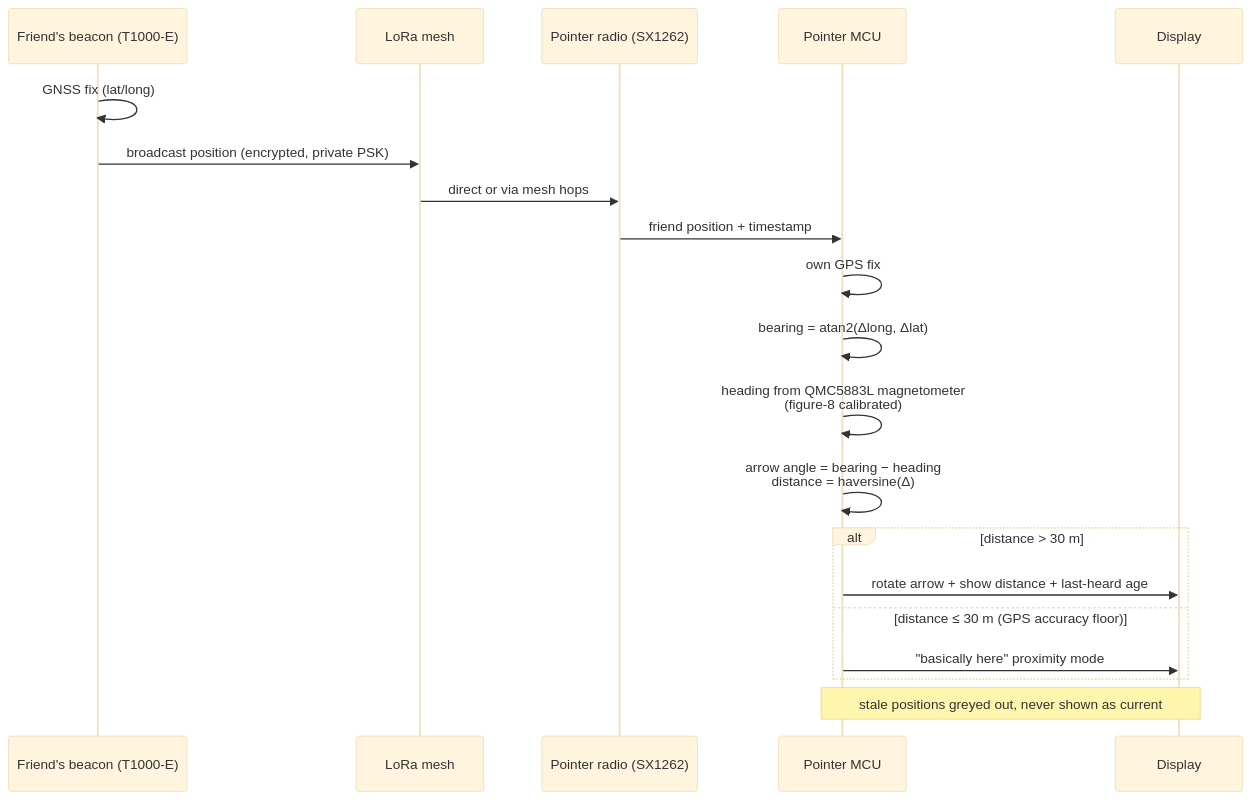
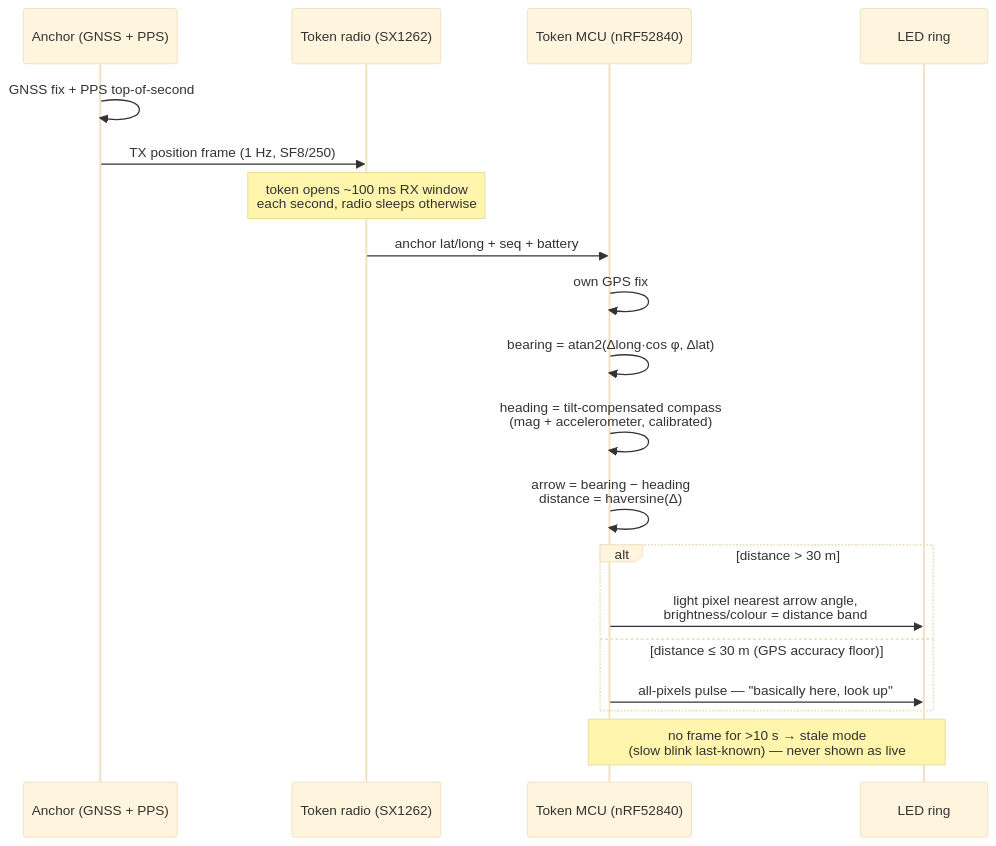
The second of 4 diagrams in PLAN.md (nathanielgtran/rave-compass), drawn with Mermaid (base theme) before and after one commit. The commit also changed other lines of this file and 7 other files, not shown here.

Commit message:
docs: single-beacon architecture rewrite — research, plan, diagrams, review fixes

````diff
--- a/PLAN.md
+++ b/PLAN.md
@@ -34,23 +32,22 @@
 ```mermaid
 sequenceDiagram
-    participant F as Friend's beacon (T1000-E)
-    participant M as LoRa mesh
-    participant R as Pointer radio (SX1262)
-    participant C as Pointer MCU
-    participant U as Display
+    participant A as Anchor (GNSS + PPS)
+    participant R as Token radio (SX1262)
+    participant C as Token MCU (nRF52840)
+    participant U as LED ring
 
-    F->>F: GNSS fix (lat/long)
-    F->>M: broadcast position (encrypted, private PSK)
-    M->>R: direct or via mesh hops
-    R->>C: friend position + timestamp
+    A->>A: GNSS fix + PPS top-of-second
+    A->>R: TX position frame (1 Hz, SF8/250)
+    Note over R: token opens ~100 ms RX window<br/>each second, radio sleeps otherwise
+    R->>C: anchor lat/long + seq + battery
     C->>C: own GPS fix
-    C->>C: bearing = atan2(Δlong, Δlat)
-    C->>C: heading from QMC5883L magnetometer<br/>(figure-8 calibrated)
-    C->>C: arrow angle = bearing − heading<br/>distance = haversine(Δ)
+    C->>C: bearing = atan2(Δlong·cos φ, Δlat)
+    C->>C: heading = tilt-compensated compass<br/>(mag + accelerometer, calibrated)
+    C->>C: arrow = bearing − heading<br/>distance = haversine(Δ)
     alt distance > 30 m
-        C->>U: rotate arrow + show distance + last-heard age
+        C->>U: light pixel nearest arrow angle,<br/>brightness/colour = distance band
     else distance ≤ 30 m (GPS accuracy floor)
-        C->>U: "basically here" proximity mode
+        C->>U: all-pixels pulse — "basically here, look up"
     end
-    Note over C,U: stale positions greyed out, never shown as current
+    Note over C,U: no frame for >10 s → stale mode<br/>(slow blink last-known) — never shown as live
 ```
````
